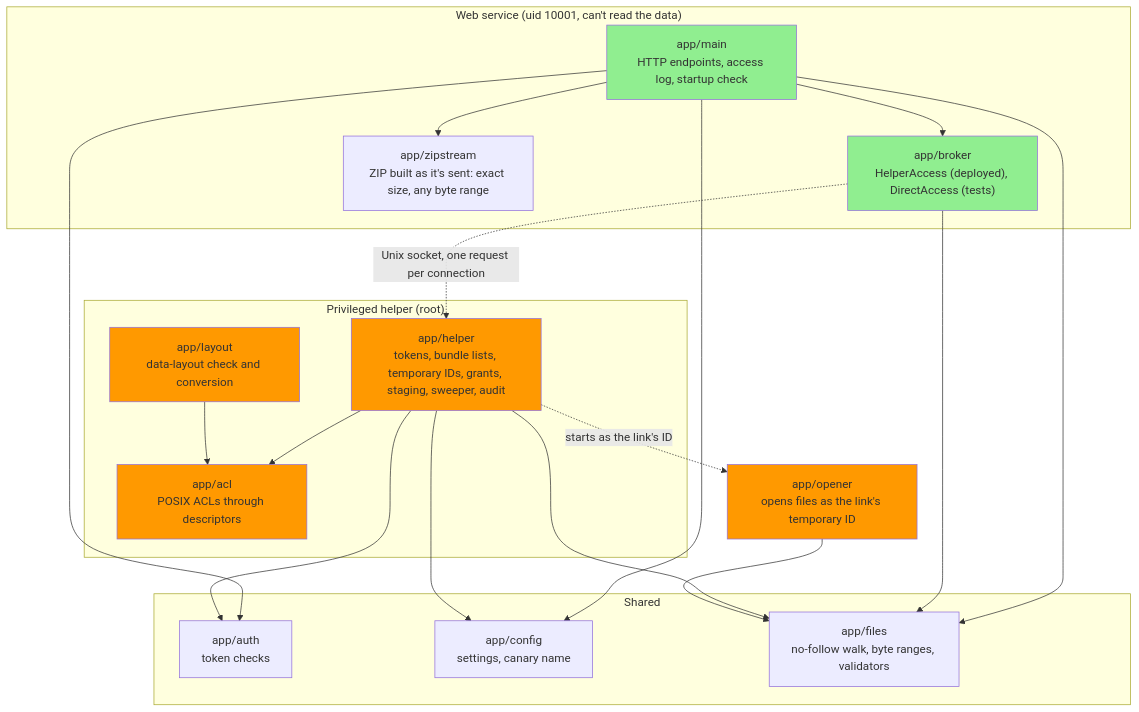
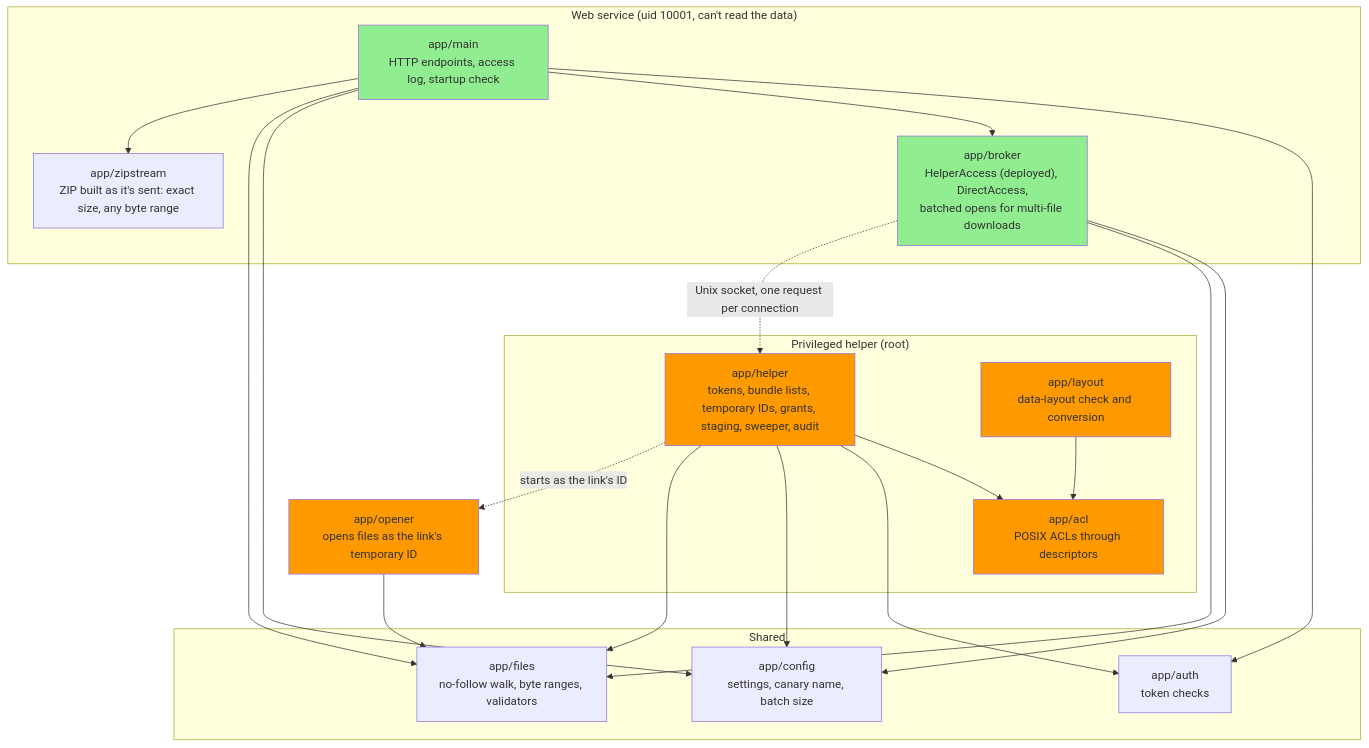
Before and after one commit to pmahon3/Data-Portal: the second of 3 diagrams in docs/diagrams/posix-components.md, drawn with Mermaid. The commit also changed 9 other files, not shown here.

First line of the commit message:
perf(posix): multi-file downloads check and open files in batches

````diff
--- a/docs/diagrams/posix-components.md
+++ b/docs/diagrams/posix-components.md
@@ -66,43 +66,44 @@
 ```mermaid
 %% check: gateway-modules
 flowchart TB
     subgraph webside["Web service (uid 10001, can't read the data)"]
         main["app/main<br/>HTTP endpoints, access log, startup check"]
-        broker["app/broker<br/>HelperAccess (deployed), DirectAccess (tests)"]
+        broker["app/broker<br/>HelperAccess (deployed), DirectAccess,<br/>batched opens for multi-file downloads"]
         zipstream["app/zipstream<br/>ZIP built as it's sent: exact size, any byte range"]
     end
     subgraph shared["Shared"]
         auth["app/auth<br/>token checks"]
-        config["app/config<br/>settings, canary name"]
+        config["app/config<br/>settings, canary name, batch size"]
         files["app/files<br/>no-follow walk, byte ranges, validators"]
     end
     subgraph privileged["Privileged helper (root)"]
         helper["app/helper<br/>tokens, bundle lists, temporary IDs, grants, staging, sweeper, audit"]
         acl["app/acl<br/>POSIX ACLs through descriptors"]
         layout["app/layout<br/>data-layout check and conversion"]
     end
     opener["app/opener<br/>opens files as the link's temporary ID"]
 
     main --> auth
     main --> broker
     main --> config
     main --> files
     main --> zipstream
+    broker --> config
     broker --> files
     helper --> acl
     helper --> auth
     helper --> config
     helper --> files
     layout --> acl
     opener --> files
 
     broker -. "Unix socket, one request per connection" .-> helper
     helper -. "starts as the link's ID" .-> opener
 
     style main fill:#90EE90
     style broker fill:#90EE90
     style helper fill:#FF9900
     style acl fill:#FF9900
     style layout fill:#FF9900
     style opener fill:#FF9900
 ```
````
